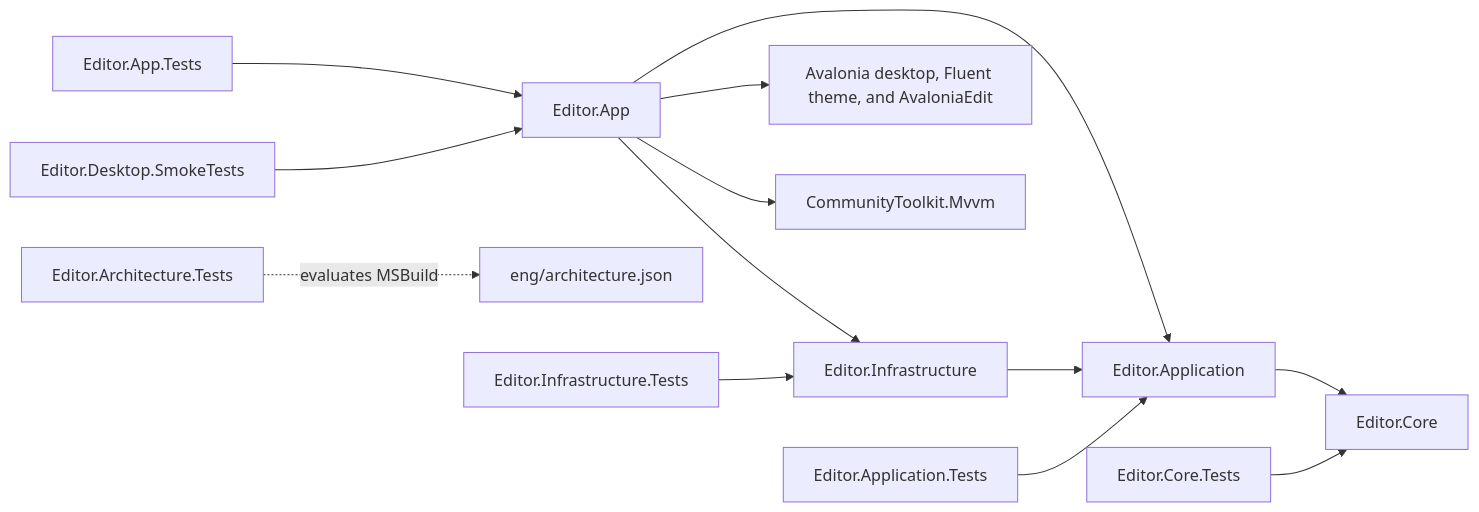
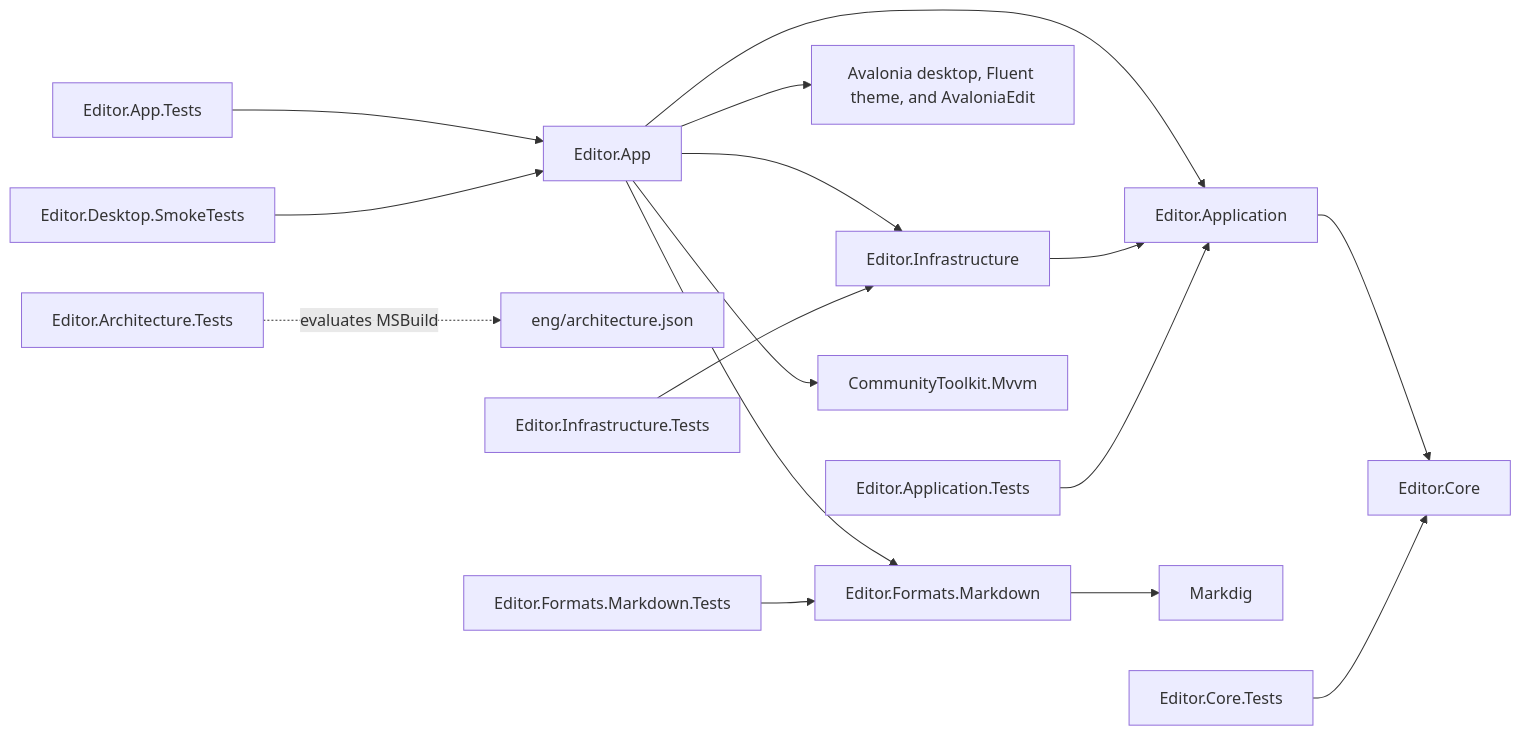
One commit to daniel-kindl/tangopad changed the diagram in docs/architecture.md. Above: the diagram before and after it, drawn with Mermaid. The commit also changed other lines of this file and 28 other files, not shown here.

````diff
--- a/docs/architecture.md
+++ b/docs/architecture.md
@@ -13,15 +13,18 @@
 ```mermaid
 flowchart LR
     App[Editor.App] --> Application[Editor.Application]
     App --> Infrastructure
     Application --> Core[Editor.Core]
     Infrastructure[Editor.Infrastructure] --> Application
     App --> Avalonia[Avalonia desktop, Fluent theme, and AvaloniaEdit]
+    App --> Markdown[Editor.Formats.Markdown]
+    Markdown --> Markdig
     App --> Toolkit[CommunityToolkit.Mvvm]
     ArchitectureTests[Editor.Architecture.Tests] -. evaluates MSBuild .-> Policy[eng/architecture.json]
     ApplicationTests[Editor.Application.Tests] --> Application
     CoreTests[Editor.Core.Tests] --> Core
     InfrastructureTests[Editor.Infrastructure.Tests] --> Infrastructure
+    MarkdownTests[Editor.Formats.Markdown.Tests] --> Markdown
     AppTests[Editor.App.Tests] --> App
     SmokeTests[Editor.Desktop.SmokeTests] --> App
 ```
````
